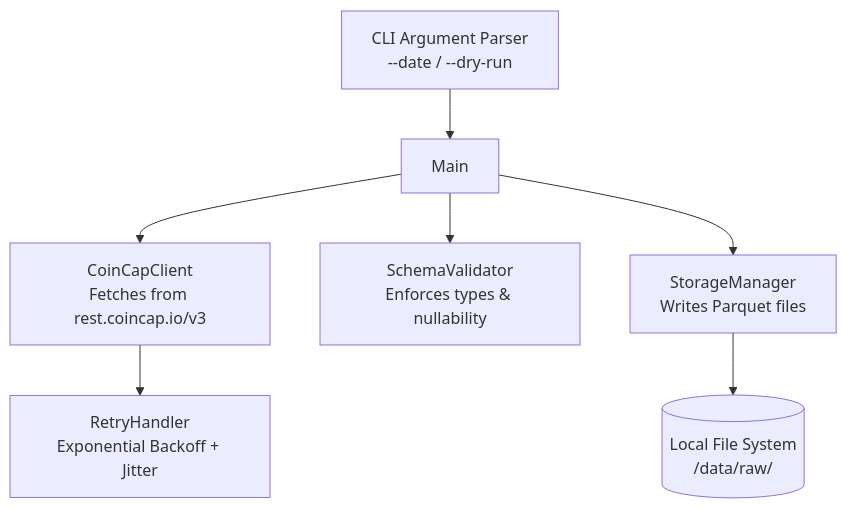
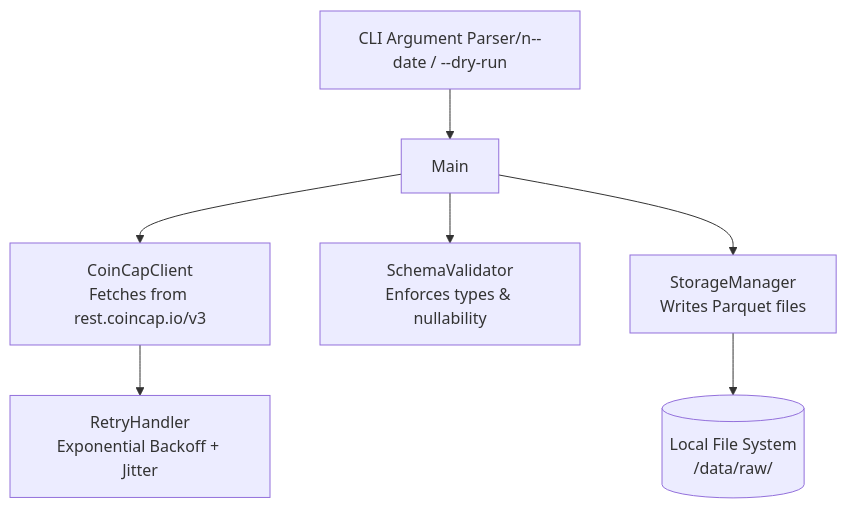
One commit to asitm55/Crypto-Market-Data-Pipeline changed the diagram in README_phase1.md. Above: the diagram before and after it, drawn with Mermaid.

````diff
--- a/README_phase1.md
+++ b/README_phase1.md
@@ -9,13 +9,13 @@
 ```mermaid
 flowchart TD
-    CLI[CLI Argument Parser\n--date / --dry-run] --> Main
+    CLI[CLI Argument Parser/n--date / --dry-run] --> Main
     
     Main --> Client[CoinCapClient\nFetches from rest.coincap.io/v3]
     Client --> Retry[RetryHandler\nExponential Backoff + Jitter]
     
     Main --> Val[SchemaValidator\nEnforces types & nullability]
     
     Main --> Storage[StorageManager\nWrites Parquet files]
     
     Storage --> Disk[(Local File System\n/data/raw/)]
 ```
````
